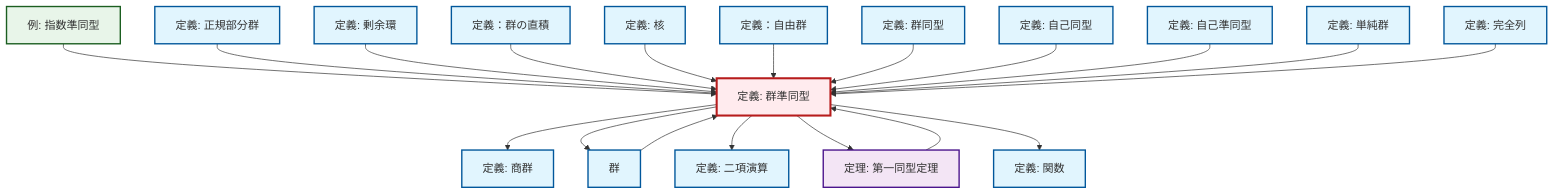
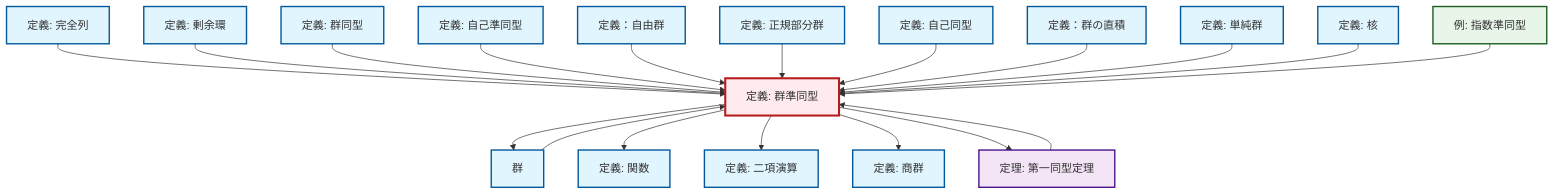
One commit to RK0429/ModernMath changed the diagram in content/ja/algebra/def-homomorphism.qmd. Above: the diagram before and after it, drawn with Mermaid. The commit also changed other lines of this file and 328 other files, not shown here.

````diff
--- a/content/ja/algebra/def-homomorphism.qmd
+++ b/content/ja/algebra/def-homomorphism.qmd
@@ -66,61 +66,61 @@
 ```{mermaid}
 %%| fig-cap: "ローカル依存関係グラフ"
 graph TD
     classDef definition fill:#e1f5fe,stroke:#01579b,stroke-width:2px
     classDef theorem fill:#f3e5f5,stroke:#4a148c,stroke-width:2px
     classDef axiom fill:#fff3e0,stroke:#e65100,stroke-width:2px
     classDef example fill:#e8f5e9,stroke:#1b5e20,stroke-width:2px
     classDef current fill:#ffebee,stroke:#b71c1c,stroke-width:3px
+    def-endomorphism["定義: 自己準同型"]:::definition
+    def-automorphism["定義: 自己同型"]:::definition
     def-normal-subgroup["定義: 正規部分群"]:::definition
+    def-kernel["定義: 核"]:::definition
+    def-function["定義: 関数"]:::definition
+    def-simple-group["定義: 単純群"]:::definition
+    def-isomorphism["定義: 群同型"]:::definition
+    def-direct-product["定義：群の直積"]:::definition
+    def-homomorphism["定義: 群準同型"]:::definition
+    def-group["群"]:::definition
+    thm-first-isomorphism["定理: 第一同型定理"]:::theorem
+    def-binary-operation["定義: 二項演算"]:::definition
+    def-quotient-ring["定義: 剰余環"]:::definition
+    def-exact-sequence["定義: 完全列"]:::definition
+    def-free-group["定義：自由群"]:::definition
     def-quotient-group["定義: 商群"]:::definition
-    def-binary-operation["定義: 二項演算"]:::definition
-    def-exact-sequence["定義: 完全列"]:::definition
-    def-direct-product["定義：群の直積"]:::definition
-    def-isomorphism["定義: 群同型"]:::definition
-    def-function["定義: 関数"]:::definition
-    def-automorphism["定義: 自己同型"]:::definition
-    def-endomorphism["定義: 自己準同型"]:::definition
-    thm-first-isomorphism["定理: 第一同型定理"]:::theorem
     ex-exponential-homomorphism["例: 指数準同型"]:::example
-    def-homomorphism["定義: 群準同型"]:::definition
-    def-free-group["定義：自由群"]:::definition
-    def-group["群"]:::definition
-    def-quotient-ring["定義: 剰余環"]:::definition
-    def-simple-group["定義: 単純群"]:::definition
-    def-kernel["定義: 核"]:::definition
     thm-first-isomorphism --> def-homomorphism
+    def-homomorphism --> def-group
+    def-exact-sequence --> def-homomorphism
+    def-quotient-ring --> def-homomorphism
+    def-isomorphism --> def-homomorphism
+    def-homomorphism --> def-function
+    def-endomorphism --> def-homomorphism
+    def-free-group --> def-homomorphism
+    def-homomorphism --> def-binary-operation
+    def-normal-subgroup --> def-homomorphism
+    def-group --> def-homomorphism
+    def-homomorphism --> def-quotient-group
+    def-homomorphism --> thm-first-isomorphism
+    def-automorphism --> def-homomorphism
+    def-direct-product --> def-homomorphism
+    def-simple-group --> def-homomorphism
+    def-kernel --> def-homomorphism
     ex-exponential-homomorphism --> def-homomorphism
-    def-normal-subgroup --> def-homomorphism
-    def-quotient-ring --> def-homomorphism
-    def-homomorphism --> def-quotient-group
-    def-homomorphism --> def-group
-    def-direct-product --> def-homomorphism
-    def-kernel --> def-homomorphism
-    def-homomorphism --> def-binary-operation
-    def-free-group --> def-homomorphism
-    def-isomorphism --> def-homomorphism
-    def-automorphism --> def-homomorphism
-    def-homomorphism --> thm-first-isomorphism
-    def-endomorphism --> def-homomorphism
-    def-group --> def-homomorphism
-    def-homomorphism --> def-function
-    def-simple-group --> def-homomorphism
-    def-exact-sequence --> def-homomorphism
     class def-homomorphism current
+    click def-endomorphism "def-endomorphism.html" "自己準同型の定義へ"
+    click def-automorphism "def-automorphism.html" "自己同型の定義へ"
     click def-normal-subgroup "def-normal-subgroup.html" "正規部分群の定義へ"
+    click def-kernel "def-kernel.html" "核の定義へ"
+    click def-function "def-function.html" "関数の定義へ"
+    click def-simple-group "def-simple-group.html" "単純群の定義へ"
+    click def-isomorphism "def-isomorphism.html" "群同型の定義へ"
+    click def-direct-product "def-direct-product.html" "定義：群の直積へ"
+    click def-group "def-group.html" "群へ"
+    click thm-first-isomorphism "thm-first-isomorphism.html" "第一同型定理の定理へ"
+    click def-binary-operation "def-binary-operation.html" "二項演算の定義へ"
+    click def-quotient-ring "def-quotient-ring.html" "剰余環の定義へ"
+    click def-exact-sequence "def-exact-sequence.html" "完全列の定義へ"
+    click def-free-group "def-free-group.html" "定義：自由群へ"
     click def-quotient-group "def-quotient-group.html" "商群の定義へ"
-    click def-binary-operation "def-binary-operation.html" "二項演算の定義へ"
-    click def-exact-sequence "def-exact-sequence.html" "完全列の定義へ"
-    click def-direct-product "def-direct-product.html" "定義：群の直積へ"
-    click def-isomorphism "def-isomorphism.html" "群同型の定義へ"
-    click def-function "def-function.html" "関数の定義へ"
-    click def-automorphism "def-automorphism.html" "自己同型の定義へ"
-    click def-endomorphism "def-endomorphism.html" "自己準同型の定義へ"
-    click thm-first-isomorphism "thm-first-isomorphism.html" "第一同型定理の定理へ"
     click ex-exponential-homomorphism "ex-exponential-homomorphism.html" "指数準同型の例へ"
-    click def-free-group "def-free-group.html" "定義：自由群へ"
-    click def-group "def-group.html" "群へ"
-    click def-quotient-ring "def-quotient-ring.html" "剰余環の定義へ"
-    click def-simple-group "def-simple-group.html" "単純群の定義へ"
-    click def-kernel "def-kernel.html" "核の定義へ"
 ```
````
